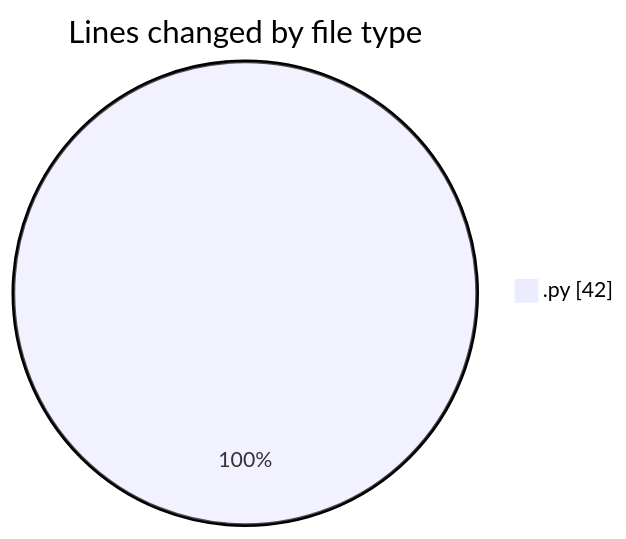
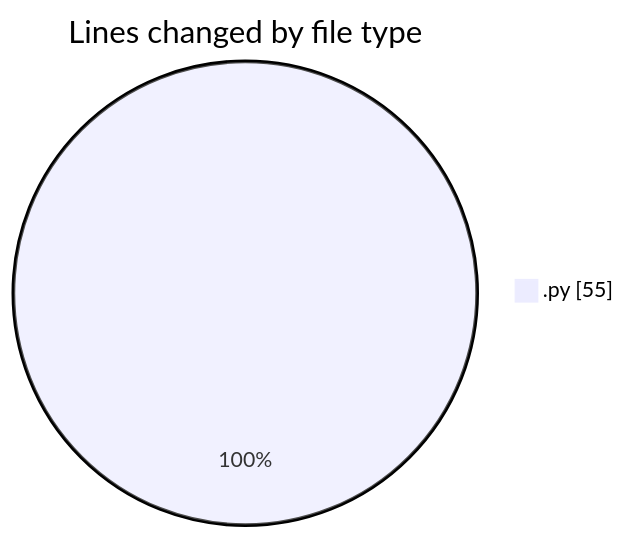
The first of 2 diagrams in 2025-02-27/myws__workspace_/README.md (MatusMokan/code-tracking), drawn with Mermaid before and after one commit. The commit also changed other lines of this file and 1 other file, not shown here.

````diff
--- a/2025-02-27/myws__workspace_/README.md
+++ b/2025-02-27/myws__workspace_/README.md
@@ -20,5 +20,5 @@
 ```mermaid
 pie showData
 title Lines changed by file type
-".py" : 42
+".py" : 55
 ```
````
